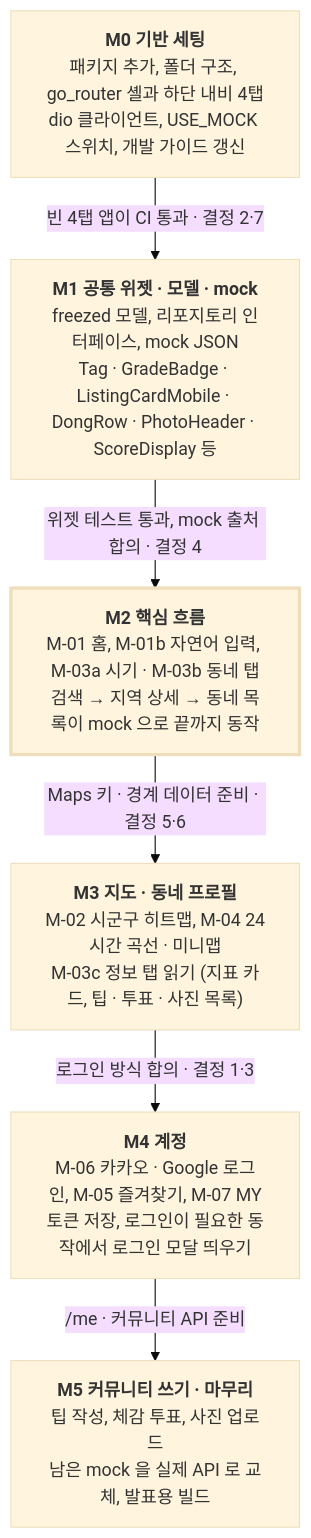
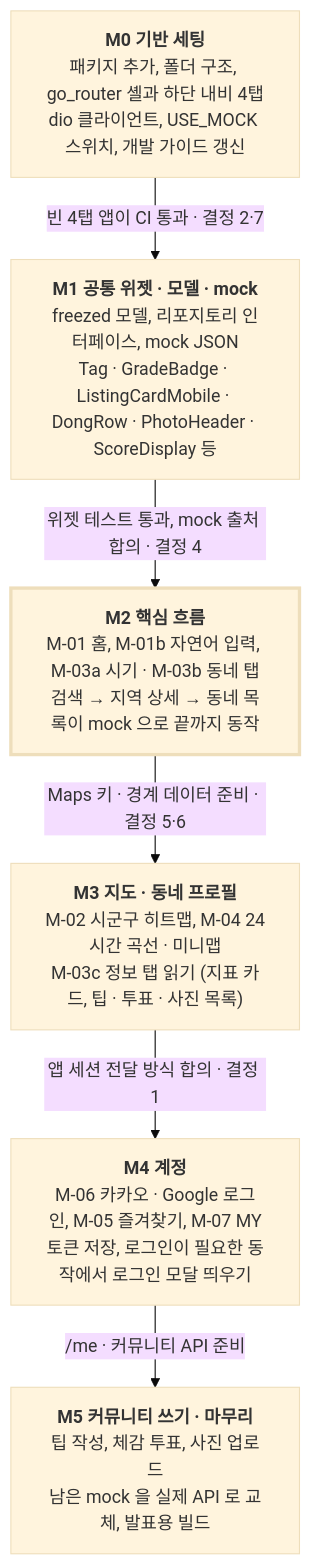
Before and after one commit to AKGACHUGGI/workation-mobile: the diagram in docs/plans/2026-11-08-모바일-구현-plan.md, drawn with Mermaid (base theme). The commit also changed other lines of this file, not shown here.

````diff
--- a/docs/plans/2026-11-08-모바일-구현-plan.md
+++ b/docs/plans/2026-11-08-모바일-구현-plan.md
@@ -137,15 +137,15 @@
 ```mermaid
 flowchart TD
   M0["<b>M0 기반 세팅</b><br/>패키지 추가, 폴더 구조, go_router 셸과 하단 내비 4탭<br/>dio 클라이언트, USE_MOCK 스위치, 개발 가이드 갱신"]
   M1["<b>M1 공통 위젯 · 모델 · mock</b><br/>freezed 모델, 리포지토리 인터페이스, mock JSON<br/>Tag · GradeBadge · ListingCardMobile · DongRow · PhotoHeader · ScoreDisplay 등"]
   M2["<b>M2 핵심 흐름</b><br/>M-01 홈, M-01b 자연어 입력, M-03a 시기 · M-03b 동네 탭<br/>검색 → 지역 상세 → 동네 목록이 mock 으로 끝까지 동작"]
   M3["<b>M3 지도 · 동네 프로필</b><br/>M-02 시군구 히트맵, M-04 24시간 곡선 · 미니맵<br/>M-03c 정보 탭 읽기 (지표 카드, 팁 · 투표 · 사진 목록)"]
   M4["<b>M4 계정</b><br/>M-06 카카오 · Google 로그인, M-05 즐겨찾기, M-07 MY<br/>토큰 저장, 로그인이 필요한 동작에서 로그인 모달 띄우기"]
   M5["<b>M5 커뮤니티 쓰기 · 마무리</b><br/>팁 작성, 체감 투표, 사진 업로드<br/>남은 mock 을 실제 API 로 교체, 발표용 빌드"]
   M0 -->|"빈 4탭 앱이 CI 통과 · 결정 2·7"| M1
   M1 -->|"위젯 테스트 통과, mock 출처 합의 · 결정 4"| M2
   M2 -->|"Maps 키 · 경계 데이터 준비 · 결정 5·6"| M3
-  M3 -->|"로그인 방식 합의 · 결정 1·3"| M4
+  M3 -->|"앱 세션 전달 방식 합의 · 결정 1"| M4
   M4 -->|"/me · 커뮤니티 API 준비"| M5
   style M2 stroke-width:3px
 ```
````
